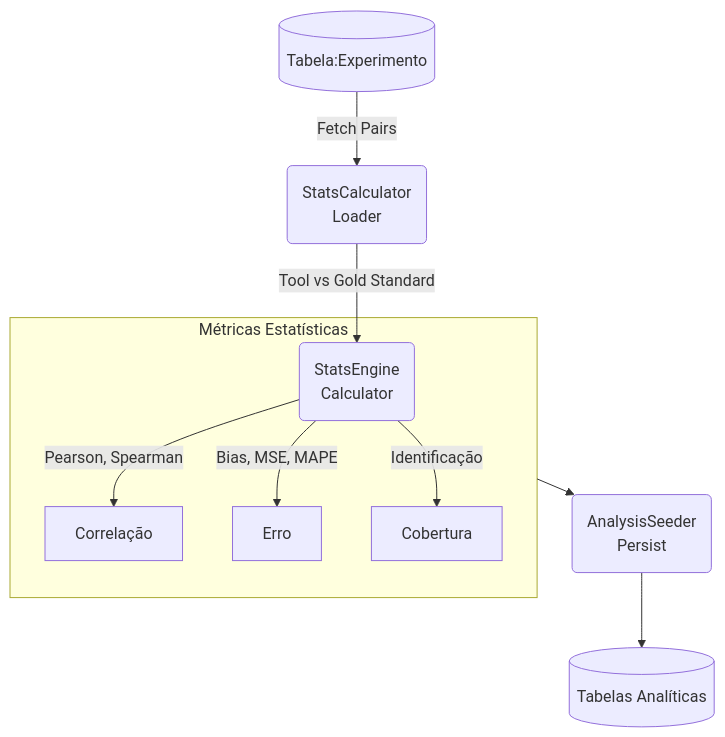
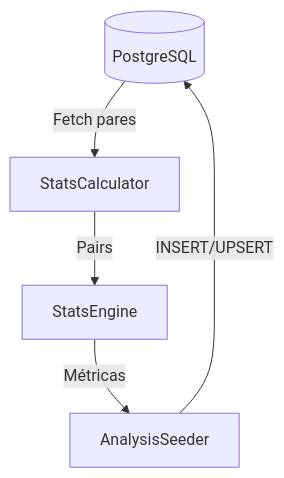
The third of 4 diagrams in README.md (tiago-rods/NMR-data-analysis), drawn with Mermaid before and after one commit. The commit also changed other lines of this file, not shown here.

````diff
--- a/README.md
+++ b/README.md
@@ -50,14 +79,7 @@
 ```mermaid
 flowchart TD
-    A[(Tabela:Experimento)] -->|Fetch Pairs| B(StatsCalculator\nLoader)
-    B -->|Tool vs Gold Standard| C(StatsEngine\nCalculator)
-
-    subgraph Calculation [Métricas Estatísticas]
-        C -->|Pearson, Spearman| M1[Correlação]
-        C -->|Bias, MSE, MAPE| M2[Erro]
-        C -->|Identificação| M3[Cobertura]
-    end
-
-    Calculation --> D(AnalysisSeeder\nPersist)
-    D --> E[(Tabelas Analíticas)]
+    DB[(PostgreSQL)] -->|Fetch pares| LC[StatsCalculator]
+    LC -->|Pairs| CE[StatsEngine]
+    CE -->|Métricas| AS[AnalysisSeeder]
+    AS -->|INSERT/UPSERT| DB
 ```
````
